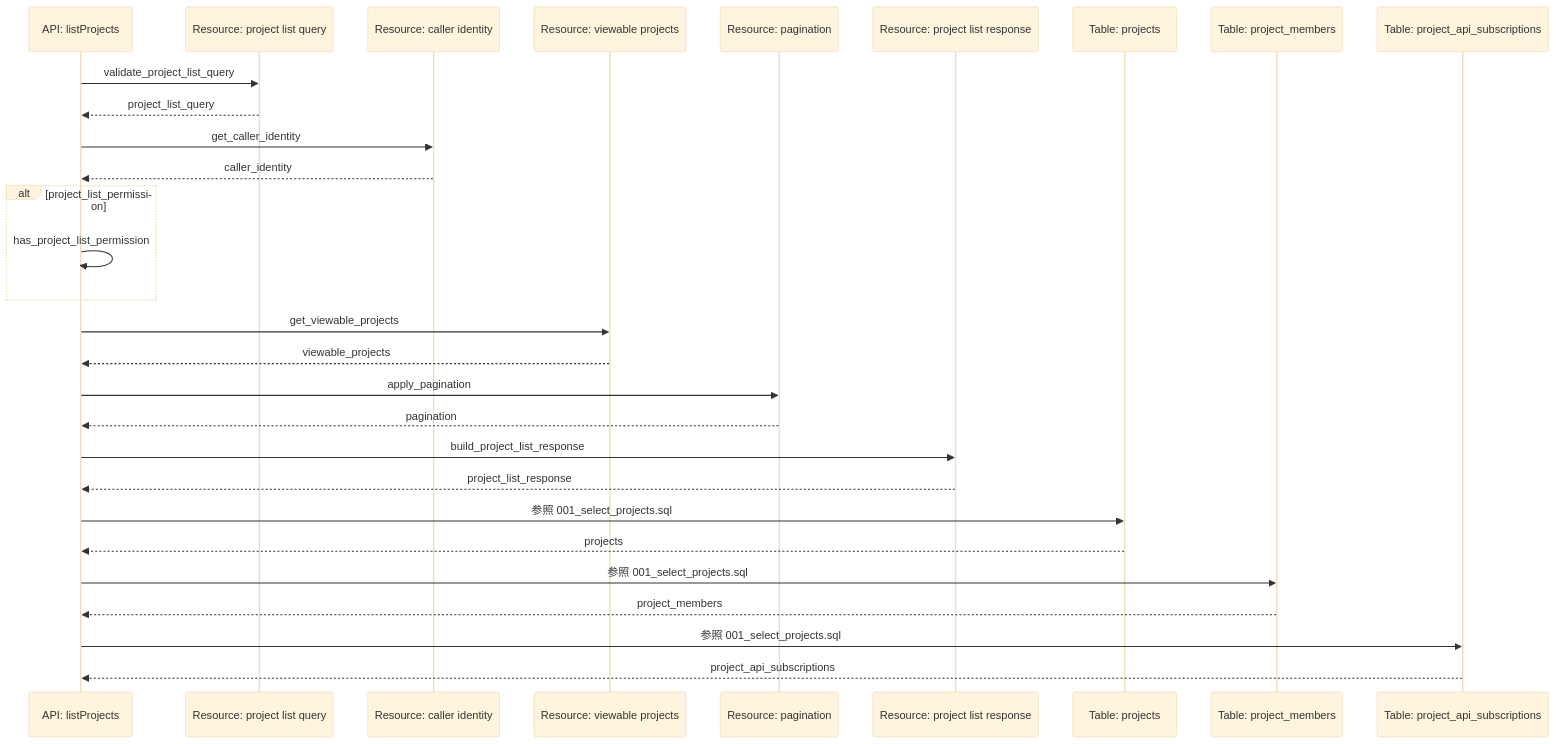
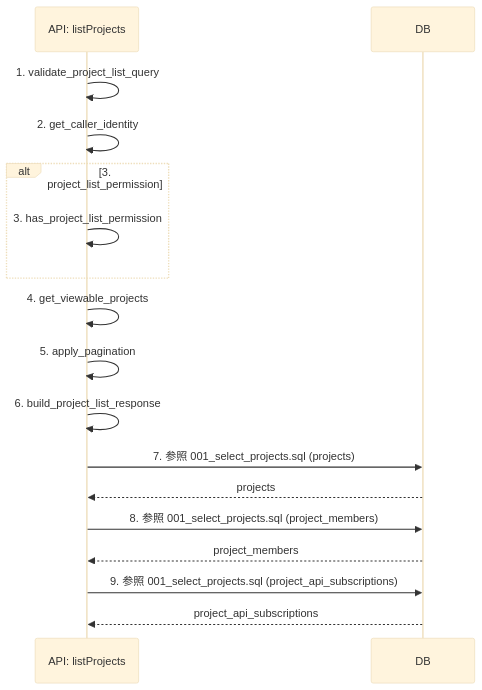
The diagram in docs/spec/40.apis/projects/list_projects/sequence_gen.md (tsuji-tomonori/lazunex), drawn with Mermaid (base theme) before and after one commit. The commit also changed 14 other files, not shown here.

First line of the commit message:
♻️ refactor(api): sequence participantをintegration境界へ整理

````diff
--- a/docs/spec/40.apis/projects/list_projects/sequence_gen.md
+++ b/docs/spec/40.apis/projects/list_projects/sequence_gen.md
@@ -5,31 +5,19 @@
 ```mermaid
 sequenceDiagram
   participant API as API: listProjects
-  participant R_project_list_query as Resource: project list query
-  participant R_caller_identity as Resource: caller identity
-  participant R_viewable_projects as Resource: viewable projects
-  participant R_pagination as Resource: pagination
-  participant R_project_list_response as Resource: project list response
-  participant T_projects as Table: projects
-  participant T_project_members as Table: project_members
-  participant T_project_api_subscriptions as Table: project_api_subscriptions
-  API->>R_project_list_query: validate_project_list_query
-  R_project_list_query-->>API: project_list_query
-  API->>R_caller_identity: get_caller_identity
-  R_caller_identity-->>API: caller_identity
-  alt project_list_permission
-    API->>API: has_project_list_permission
+  participant DB as DB
+  API->>API: 1. validate_project_list_query
+  API->>API: 2. get_caller_identity
+  alt 3. project_list_permission
+    API->>API: 3. has_project_list_permission
   end
-  API->>R_viewable_projects: get_viewable_projects
-  R_viewable_projects-->>API: viewable_projects
-  API->>R_pagination: apply_pagination
-  R_pagination-->>API: pagination
-  API->>R_project_list_response: build_project_list_response
-  R_project_list_response-->>API: project_list_response
-  API->>T_projects: 参照 001_select_projects.sql
-  T_projects-->>API: projects
-  API->>T_project_members: 参照 001_select_projects.sql
-  T_project_members-->>API: project_members
-  API->>T_project_api_subscriptions: 参照 001_select_projects.sql
-  T_project_api_subscriptions-->>API: project_api_subscriptions
+  API->>API: 4. get_viewable_projects
+  API->>API: 5. apply_pagination
+  API->>API: 6. build_project_list_response
+  API->>DB: 7. 参照 001_select_projects.sql (projects)
+  DB-->>API: projects
+  API->>DB: 8. 参照 001_select_projects.sql (project_members)
+  DB-->>API: project_members
+  API->>DB: 9. 参照 001_select_projects.sql (project_api_subscriptions)
+  DB-->>API: project_api_subscriptions
 ```
````
